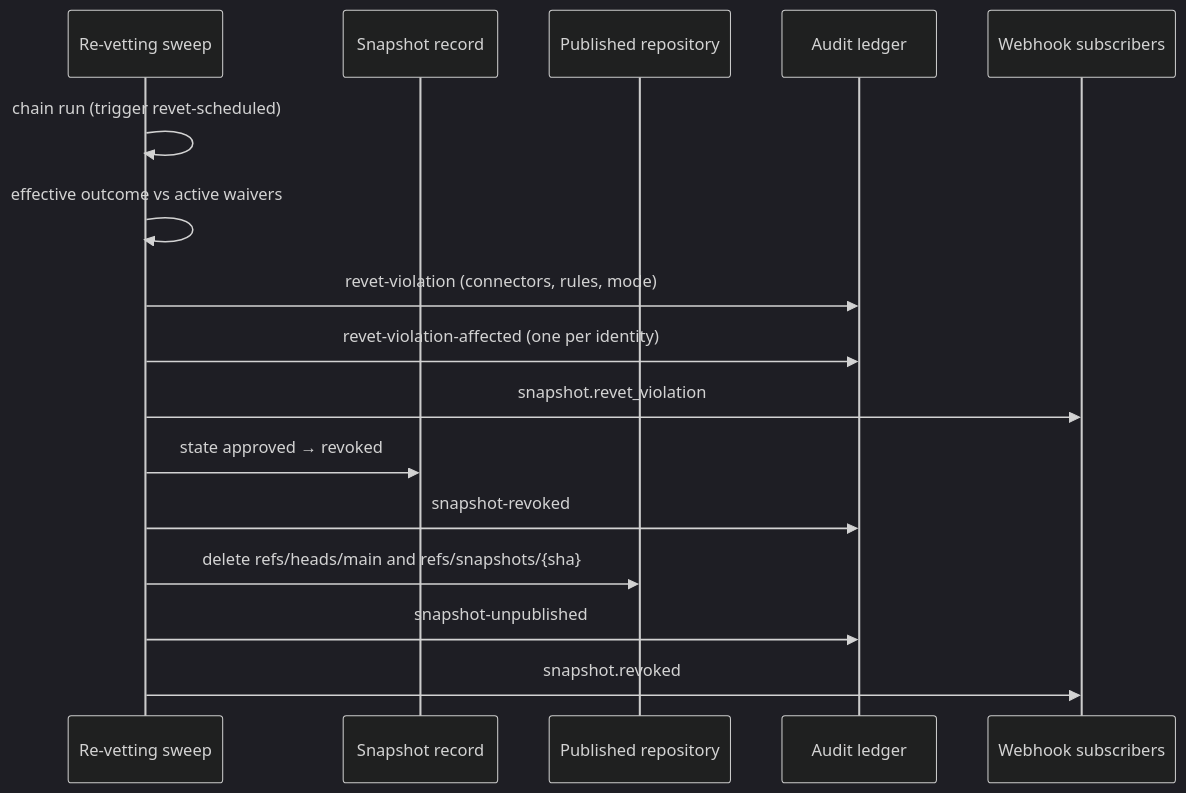
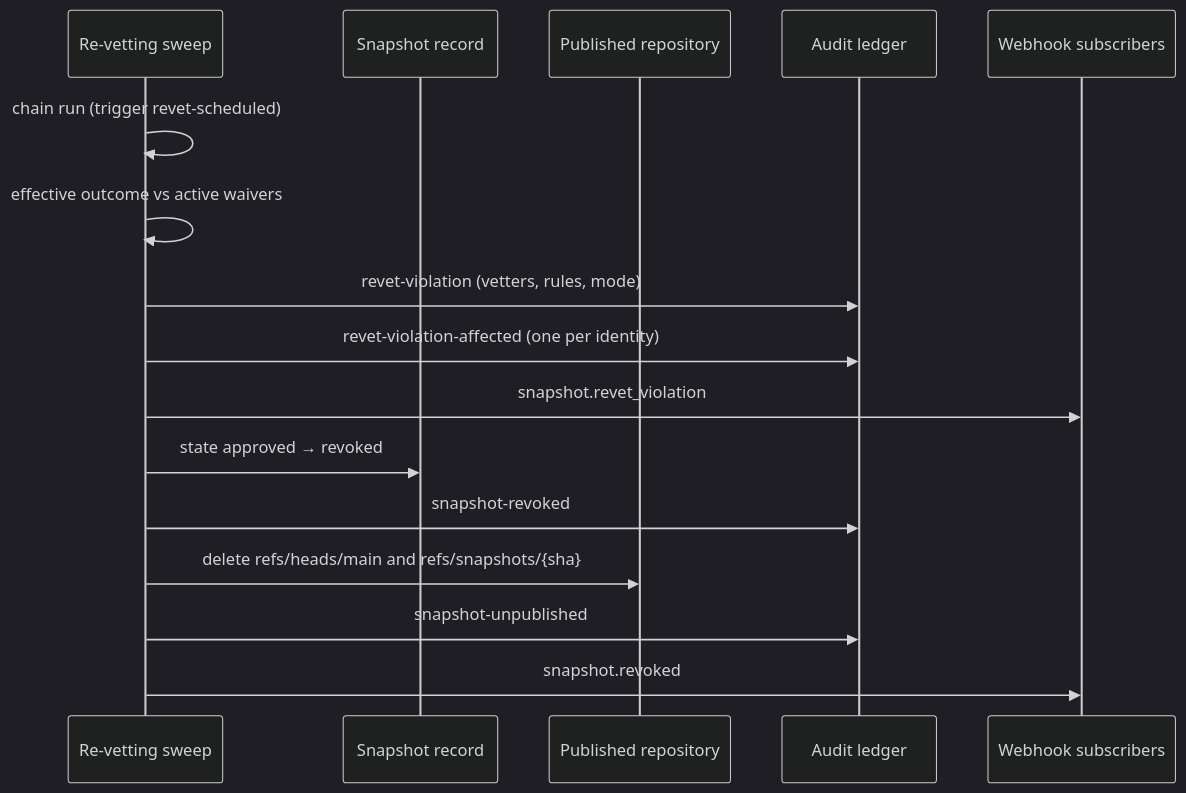
The diagram in docs/manual/guides/re-vetting.md (skillsgateway/skillsgateway), drawn with Mermaid (dark theme) before and after one commit. The commit also changed other lines of this file and 125 other files, not shown here.

````diff
--- a/docs/manual/guides/re-vetting.md
+++ b/docs/manual/guides/re-vetting.md
@@ -141,19 +141,19 @@
 ```mermaid
 sequenceDiagram
     participant S as Re-vetting sweep
     participant DB as Snapshot record
     participant P as Published repository
     participant L as Audit ledger
     participant W as Webhook subscribers
 
     S->>S: chain run (trigger revet-scheduled)
     S->>S: effective outcome vs active waivers
-    S->>L: revet-violation (connectors, rules, mode)
+    S->>L: revet-violation (vetters, rules, mode)
     S->>L: revet-violation-affected (one per identity)
     S->>W: snapshot.revet_violation
     S->>DB: state approved → revoked
     S->>L: snapshot-revoked
     S->>P: delete refs/heads/main and refs/snapshots/{sha}
     S->>L: snapshot-unpublished
     S->>W: snapshot.revoked
 ```
````
